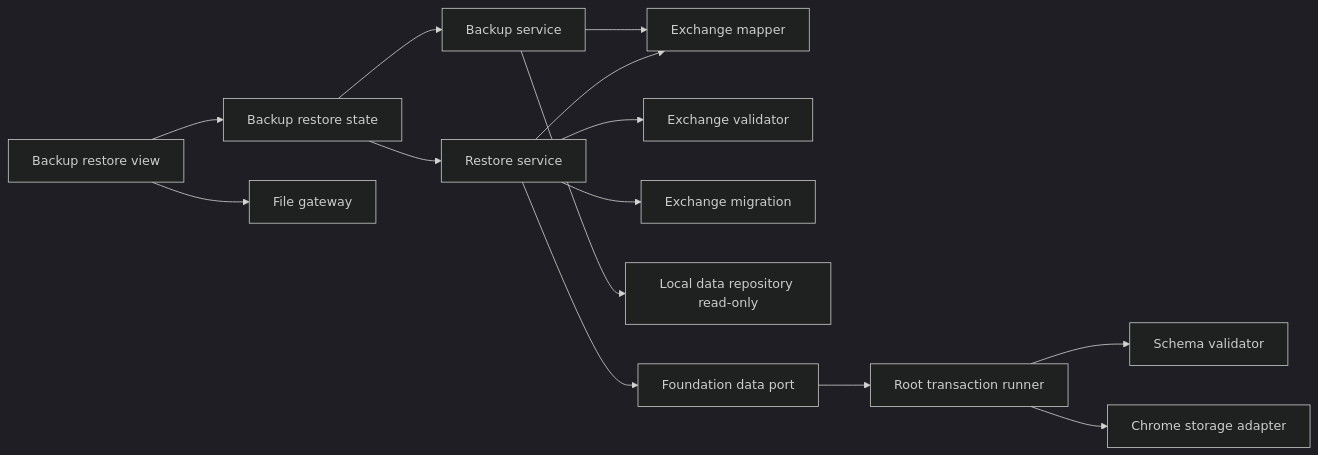
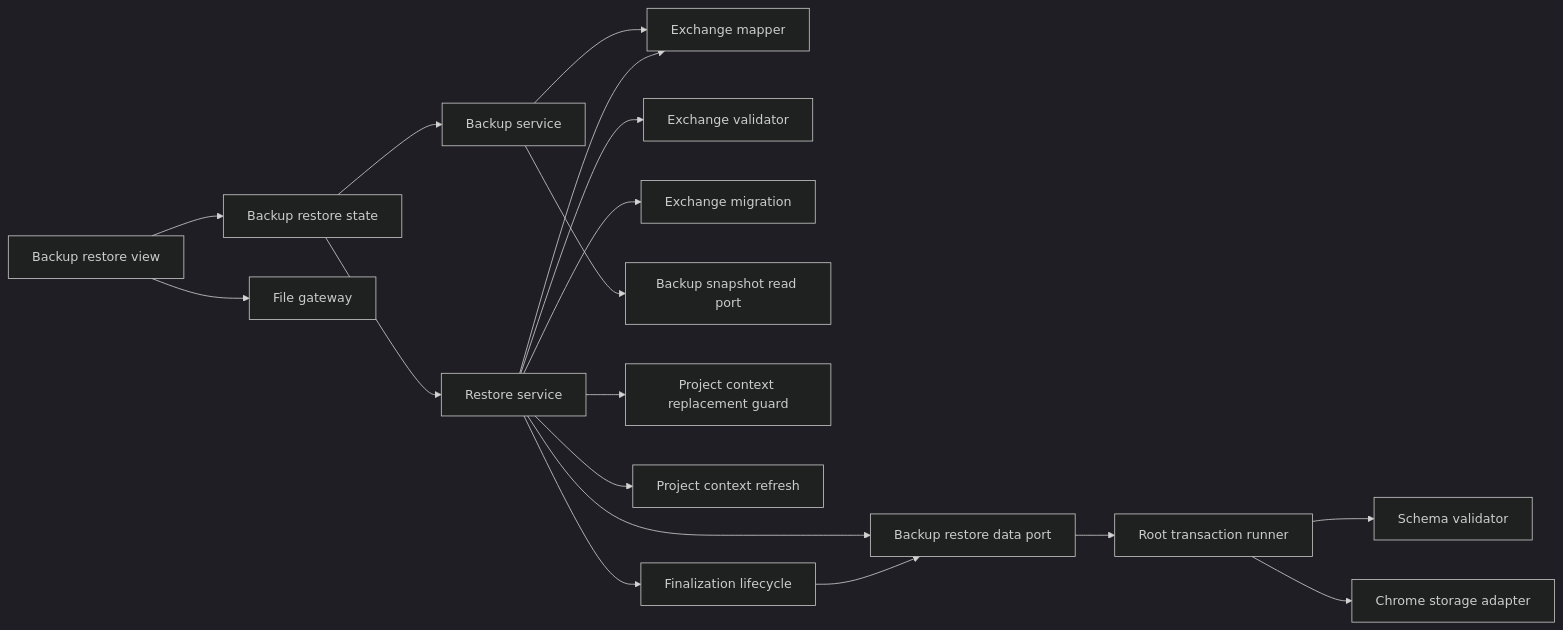
One commit to Huruikagi/pc-build-planner changed the first of 3 diagrams in .kiro/specs/backup-restore/design.md. Above: the diagram before and after it, drawn with Mermaid (dark theme). The commit also changed other lines of this file and 5 other files, not shown here.

Commit message:
docs: address backup restore design review

````diff
--- a/.kiro/specs/backup-restore/design.md
+++ b/.kiro/specs/backup-restore/design.md
@@ -65,16 +83,20 @@
 ```mermaid
 graph LR
     View[Backup restore view] --> State[Backup restore state]
     View --> File[File gateway]
     State --> Export[Backup service]
     State --> Restore[Restore service]
     Export --> Mapper[Exchange mapper]
     Restore --> Validator[Exchange validator]
     Restore --> Migration[Exchange migration]
     Restore --> Mapper
-    Export --> Repository[Local data repository read-only]
-    Restore --> Foundation[Foundation data port]
+    Export --> Snapshot[Backup snapshot read port]
+    Restore --> Guard[Project context replacement guard]
+    Restore --> Context[Project context refresh]
+    Restore --> Foundation[Backup restore data port]
+    Restore --> Finalize[Finalization lifecycle]
+    Finalize --> Foundation
     Foundation --> Runner[Root transaction runner]
     Runner --> Schema[Schema validator]
     Runner --> Storage[Chrome storage adapter]
 ```
````
